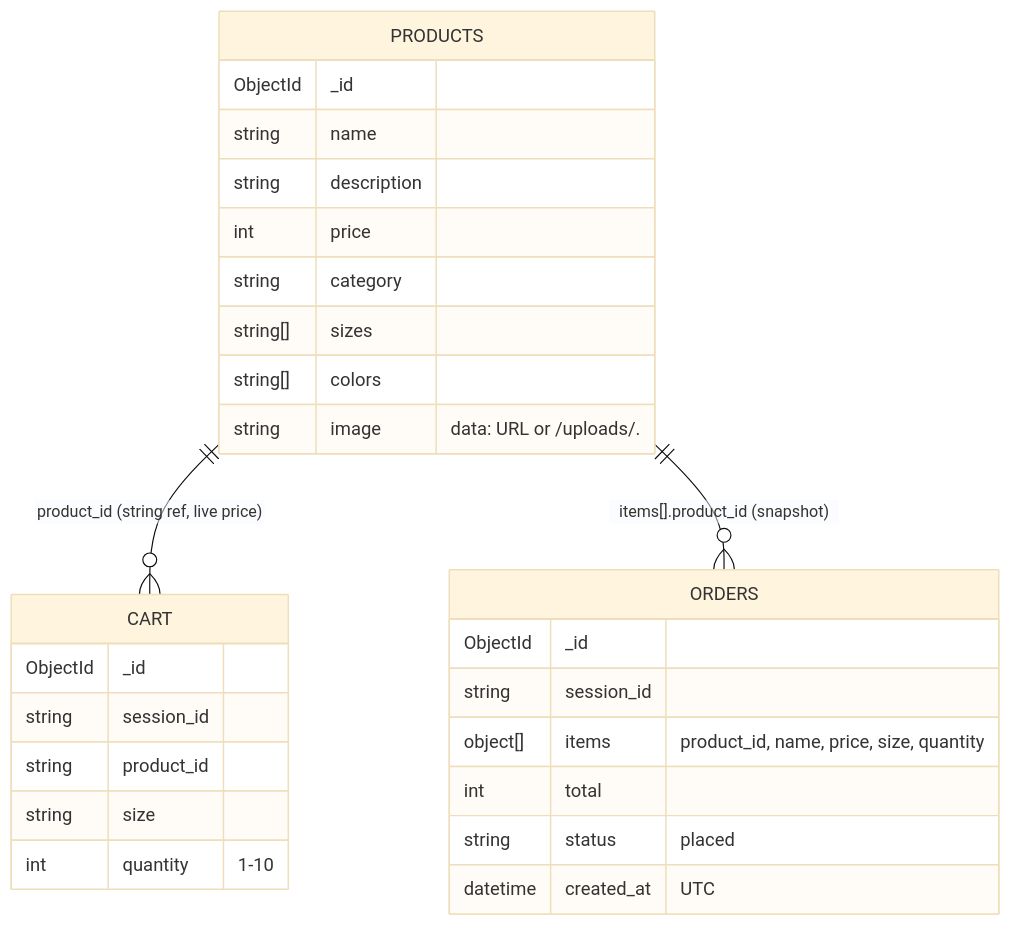
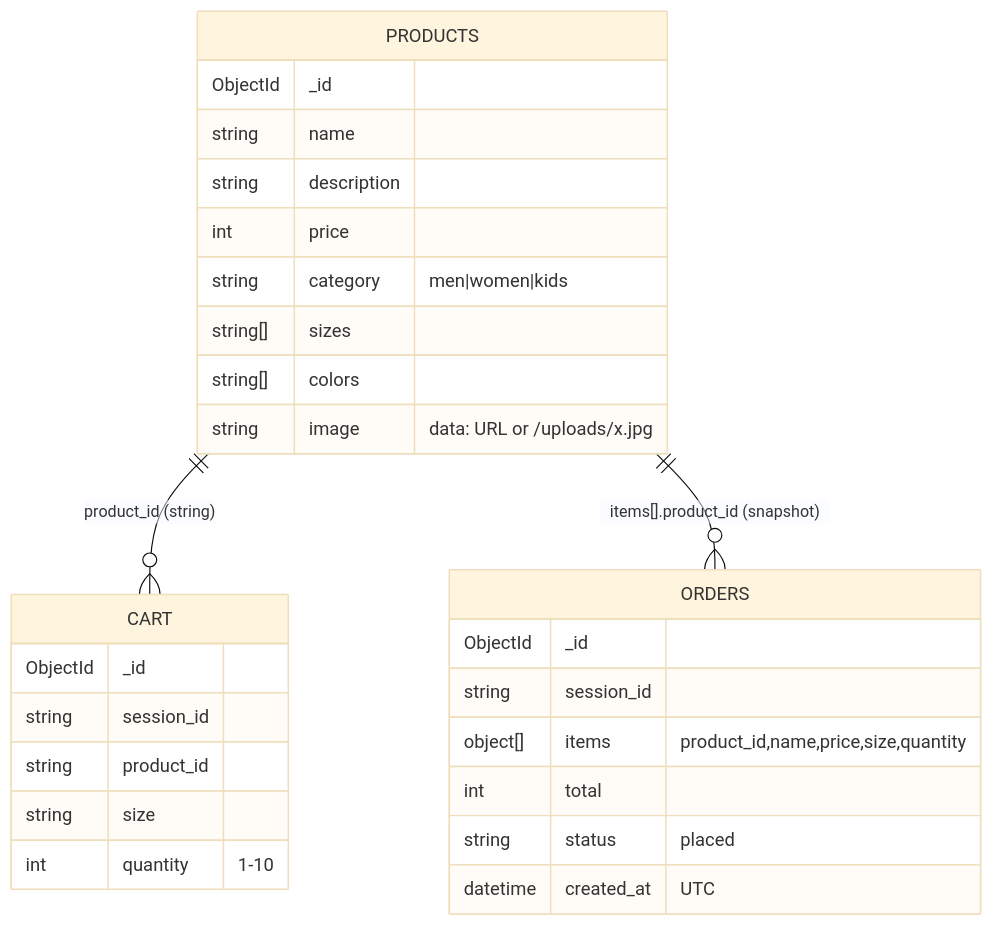
The first of 3 diagrams in docs/LLD.md (abhishek-tiwari-nitrr/ChatCloset), drawn with Mermaid (base theme) before and after one commit. The commit also changed other lines of this file and 7 other files, not shown here.

````diff
--- a/docs/LLD.md
+++ b/docs/LLD.md
@@ -78,30 +90,30 @@
 ```mermaid
 erDiagram
-    PRODUCTS ||--o{ CART : "product_id (string ref, live price)"
+    PRODUCTS ||--o{ CART : "product_id (string)"
     PRODUCTS ||--o{ ORDERS : "items[].product_id (snapshot)"
     PRODUCTS {
         ObjectId _id
         string name
         string description
         int price
-        string category
+        string category "men|women|kids"
         string[] sizes
         string[] colors
-        string image "data: URL or /uploads/<uuid>.<ext>"
+        string image "data: URL or /uploads/x.jpg"
     }
     CART {
         ObjectId _id
         string session_id
         string product_id
         string size
         int quantity "1-10"
     }
     ORDERS {
         ObjectId _id
         string session_id
-        object[] items "product_id, name, price, size, quantity"
+        object[] items "product_id,name,price,size,quantity"
         int total
         string status "placed"
         datetime created_at "UTC"
     }
 ```
````
